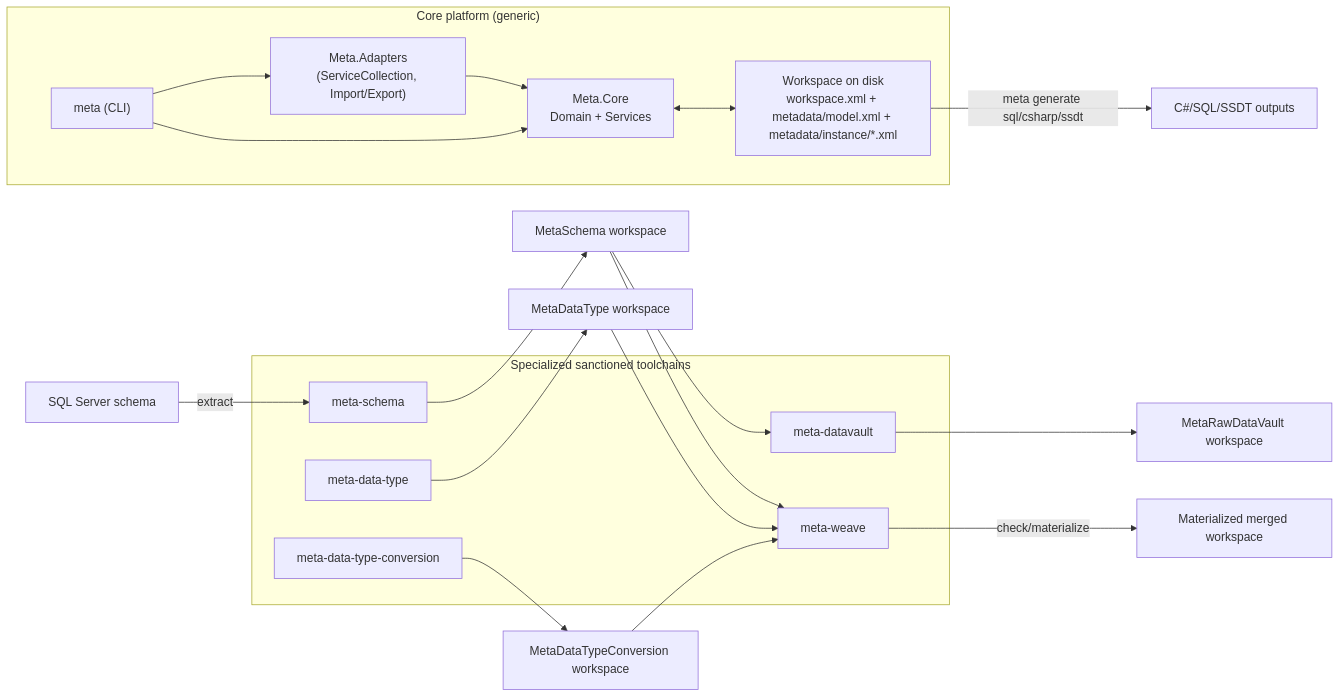
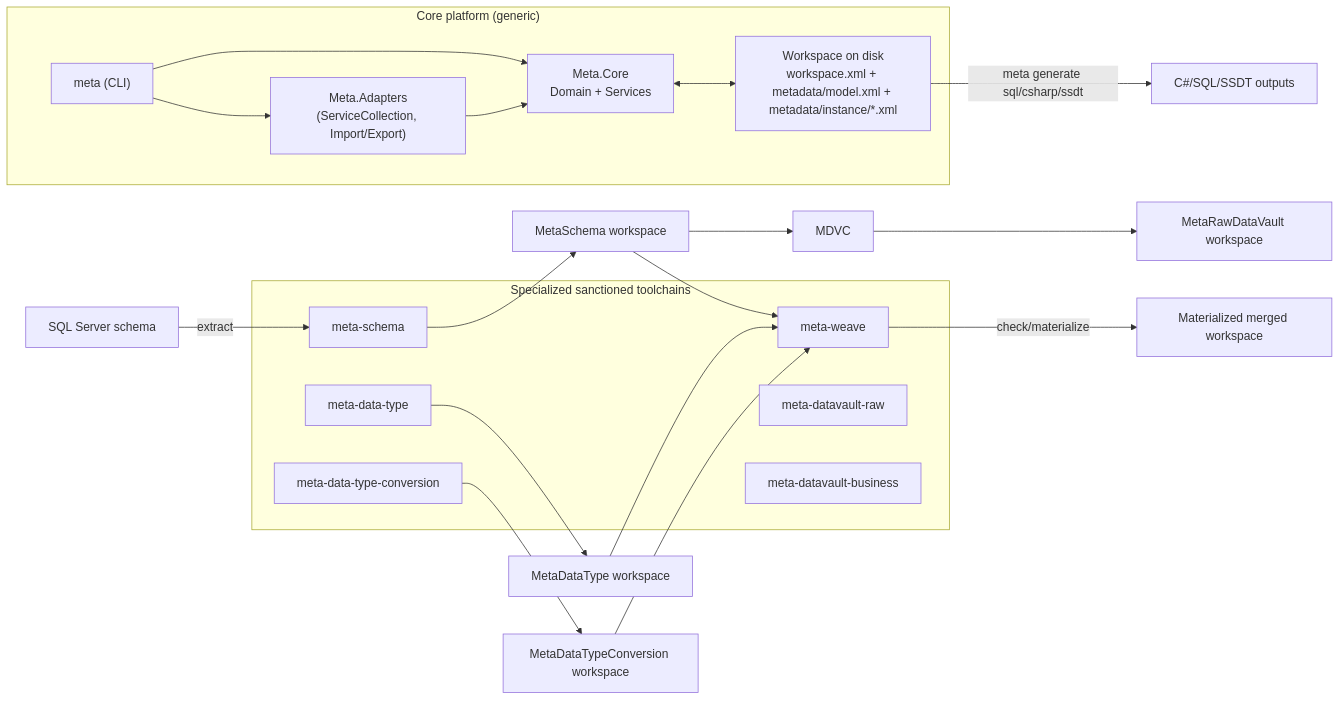
The diagram in docs/BI-SYSTEM-ARCHITECTURE.md (jimmy-zhao-tainio/meta-bi), drawn with Mermaid before and after one commit. The commit also changed 17 other files, not shown here.

Commit message:
cli: split raw and business datavault tools

````diff
--- a/docs/BI-SYSTEM-ARCHITECTURE.md
+++ b/docs/BI-SYSTEM-ARCHITECTURE.md
@@ -44,38 +44,39 @@
 ```mermaid
 flowchart LR
   subgraph Core["Core platform (generic)"]
     CLI["meta (CLI)"]
     CORE["Meta.Core\nDomain + Services"]
     ADAPT["Meta.Adapters\n(ServiceCollection, Import/Export)"]
     WS["Workspace on disk\nworkspace.xml + metadata/model.xml + metadata/instance/*.xml"]
   end
 
   CLI --> CORE
   CLI --> ADAPT
   ADAPT --> CORE
   CORE <--> WS
 
   subgraph Specialized["Specialized sanctioned toolchains"]
     MSC["meta-schema"]
     MTC["meta-data-type"]
     MTCC["meta-data-type-conversion"]
     MWC["meta-weave"]
-    MDVC["meta-datavault"]
+    MDVRC["meta-datavault-raw"]
+    MDVBC["meta-datavault-business"]
   end
 
   SQL["SQL Server schema"] -->|extract| MSC
   MSC --> MSW["MetaSchema workspace"]
 
   MTC --> MTW["MetaDataType workspace"]
   MTCC --> MTCW["MetaDataTypeConversion workspace"]
 
   MSW --> MWC
   MTW --> MWC
   MTCW --> MWC
   MWC -->|check/materialize| Merged["Materialized merged workspace"]
 
   MSW --> MDVC
   MDVC --> DVW["MetaRawDataVault workspace"]
 
   WS -->|meta generate sql/csharp/ssdt| OUT["C#/SQL/SSDT outputs"]
 ```
````
